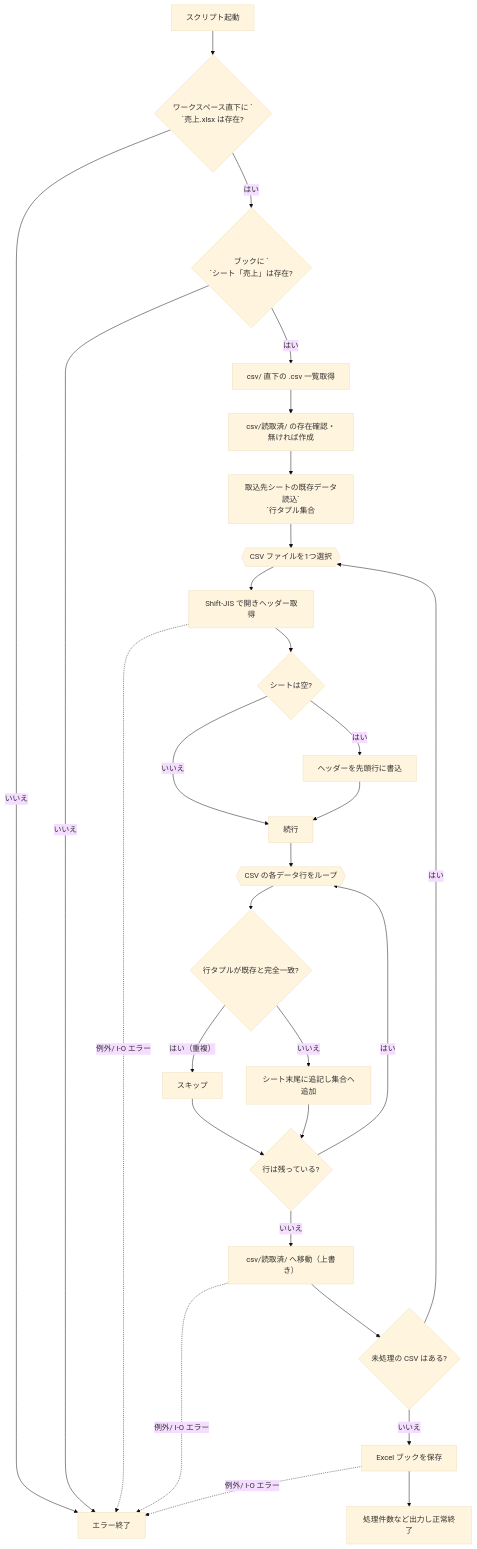
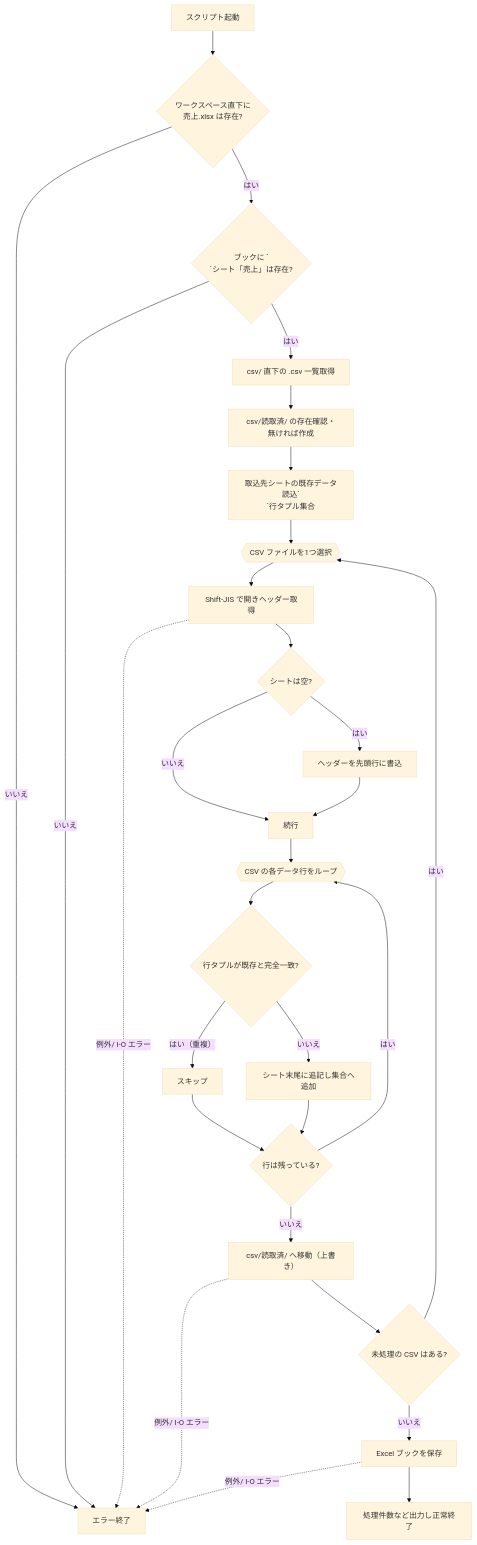
Before and after one commit to ykominami/cursor_excel_py: the diagram in todo.md, drawn with Mermaid (base theme).

````diff
--- a/todo.md
+++ b/todo.md
@@ -34,37 +34,37 @@
 ```mermaid
 
 flowchart TD
-A[スクリプト起動] --> B{ワークスペース直下に `<br/>`売上.xlsx は存在?}
+A[スクリプト起動] --> B{ワークスペース直下に <br/>売上.xlsx は存在?}
 B -- いいえ --> E[エラー終了]
 B -- はい --> C{ブックに `<br/>`シート「売上」は存在?}
 C -- いいえ --> E
 C -- はい --> D[ csv/ 直下の .csv 一覧取得]
 D --> F[ csv/読取済/ の存在確認・無ければ作成]
 
 F --> G[ 取込先シートの既存データ読込`<br/>`行タプル集合]
 
 G --> H{{CSV ファイルを1つ選択}}
 H --> I[Shift-JIS で開きヘッダー取得]
 I --> J{シートは空?}
 J -- はい --> K[ヘッダーを先頭行に書込]
 J -- いいえ --> L[続行]
 K --> L
 L --> M{{CSV の各データ行をループ}}
 M --> N{行タプルが既存と完全一致?}
 N -- はい（重複） --> O[スキップ]
 N -- いいえ --> P[シート末尾に追記し集合へ追加]
 O --> Q{行は残っている?}
 P --> Q
 Q -- はい --> M
 Q -- いいえ --> S[csv/読取済/ へ移動（上書き）]
 S --> T{未処理の CSV はある?}
 T -- はい --> H
 T -- いいえ --> U[Excel ブックを保存]
 U --> V[処理件数など出力し正常終了]
 
     %% 例外・I/O エラーは任意地点からエラー終了へ
     I -. 例外/ I-O エラー .-> E
     S -. 例外/ I-O エラー .-> E
     U -. 例外/ I-O エラー .-> E
 
 ```
````
